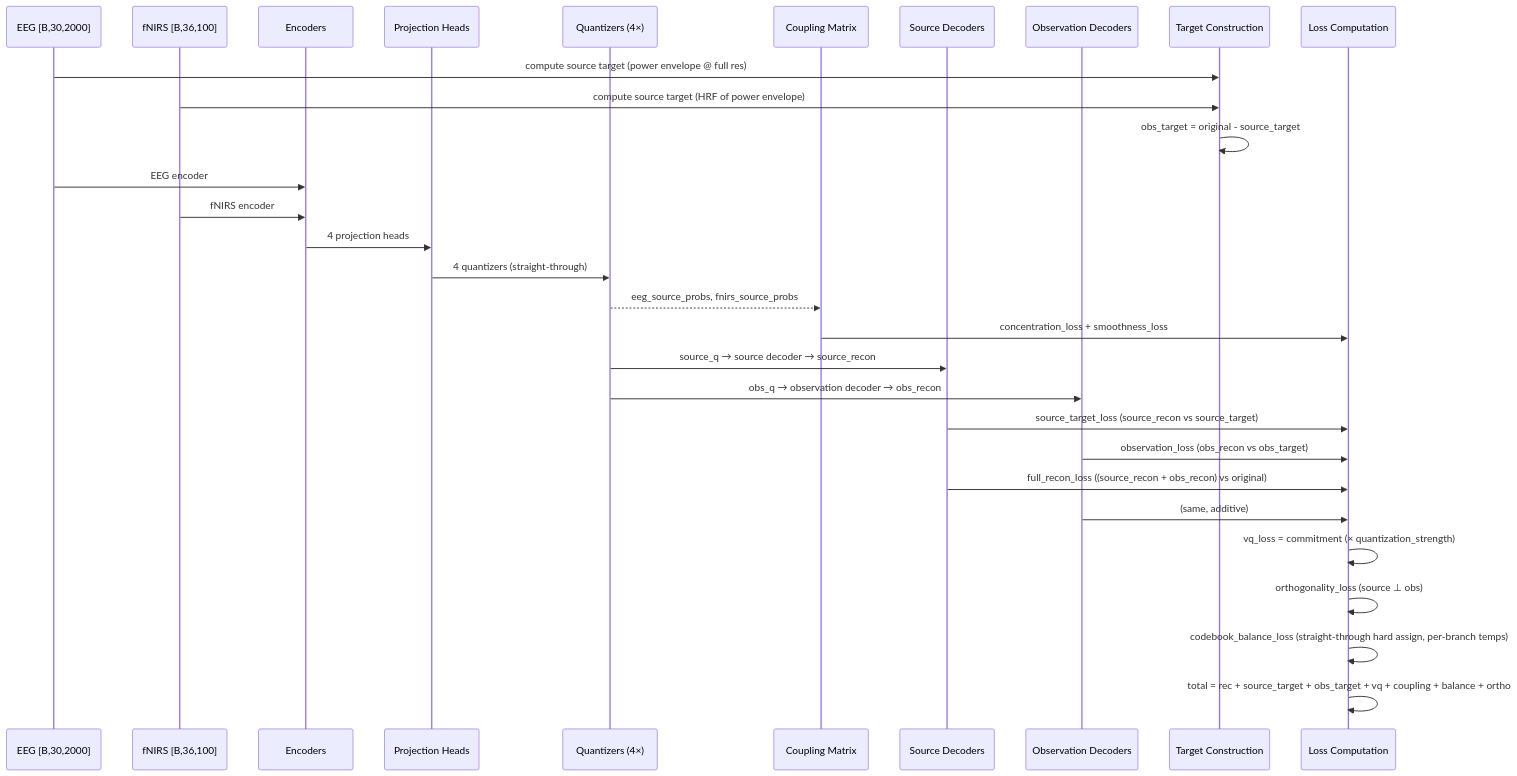
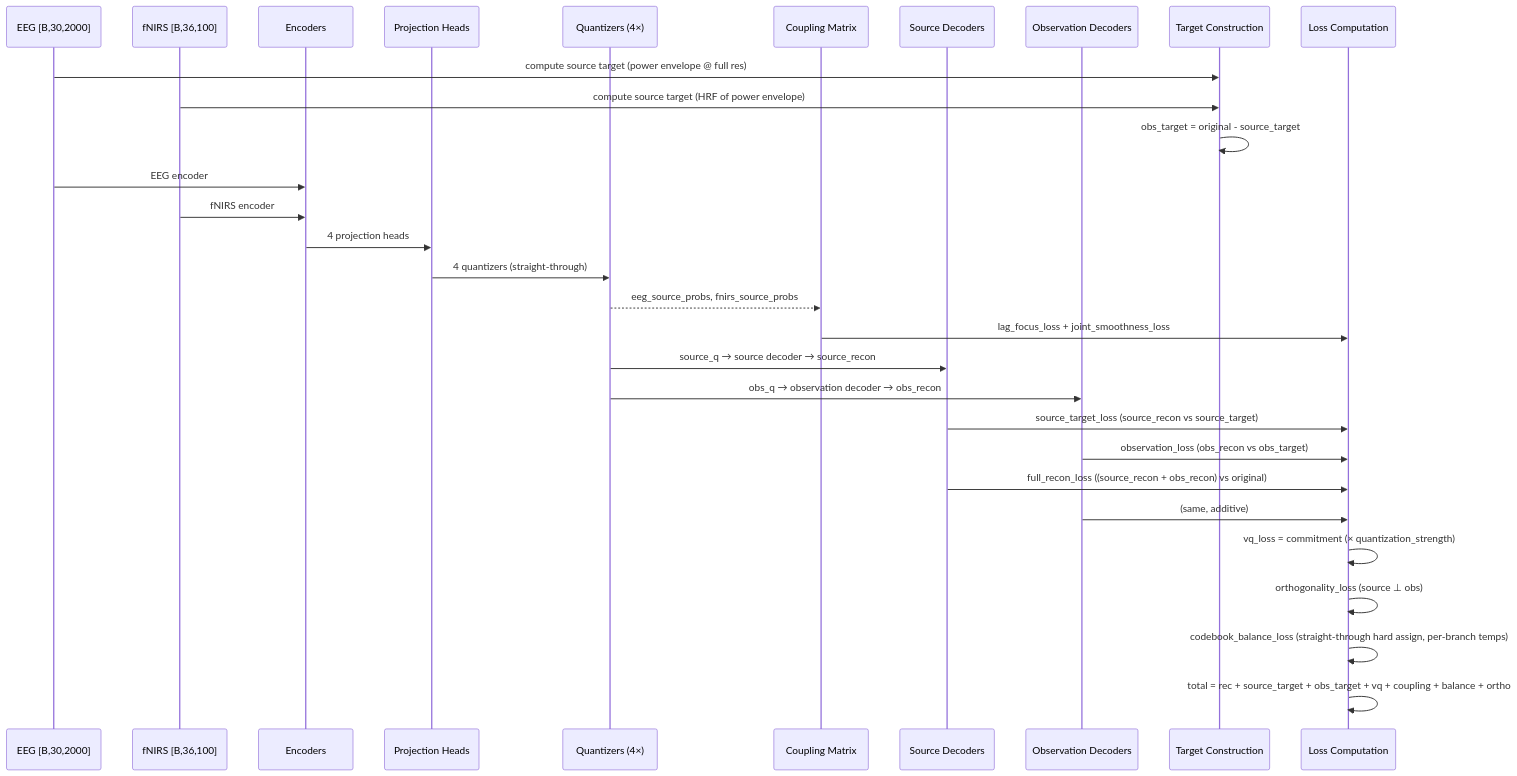
The second of 3 diagrams in docs/ARCHITECTURE.md (Kevin65536/PID-MCM), drawn with Mermaid before and after one commit. The commit also changed other lines of this file and 5 other files, not shown here.

````diff
--- a/docs/ARCHITECTURE.md
+++ b/docs/ARCHITECTURE.md
@@ -125,38 +127,38 @@
 ```mermaid
 sequenceDiagram
     participant EEG as EEG [B,30,2000]
     participant fNIRS as fNIRS [B,36,100]
     participant Enc as Encoders
     participant Proj as Projection Heads
     participant Quant as Quantizers (4×)
     participant Coup as Coupling Matrix
     participant DecS as Source Decoders
     participant DecO as Observation Decoders
     participant Target as Target Construction
     participant Loss as Loss Computation
 
     EEG->>Target: compute source target (power envelope @ full res)
     fNIRS->>Target: compute source target (HRF of power envelope)
     Target->>Target: obs_target = original - source_target
 
     EEG->>Enc: EEG encoder
     fNIRS->>Enc: fNIRS encoder
     Enc->>Proj: 4 projection heads
     Proj->>Quant: 4 quantizers (straight-through)
 
     Quant-->>Coup: eeg_source_probs, fnirs_source_probs
-    Coup->>Loss: concentration_loss + smoothness_loss
+    Coup->>Loss: lag_focus_loss + joint_smoothness_loss
 
     Quant->>DecS: source_q → source decoder → source_recon
     Quant->>DecO: obs_q → observation decoder → obs_recon
 
     DecS->>Loss: source_target_loss (source_recon vs source_target)
     DecO->>Loss: observation_loss (obs_recon vs obs_target)
     DecS->>Loss: full_recon_loss ((source_recon + obs_recon) vs original)
     DecO->>Loss: (same, additive)
 
     Loss->>Loss: vq_loss = commitment (× quantization_strength)
     Loss->>Loss: orthogonality_loss (source ⊥ obs)
     Loss->>Loss: codebook_balance_loss (straight-through hard assign, per-branch temps)
     Loss->>Loss: total = rec + source_target + obs_target + vq + coupling + balance + ortho
 ```
````
